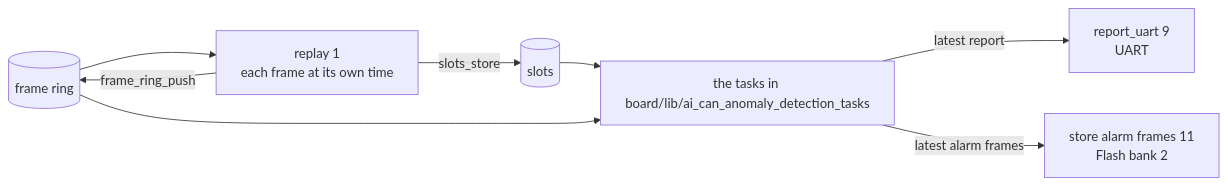
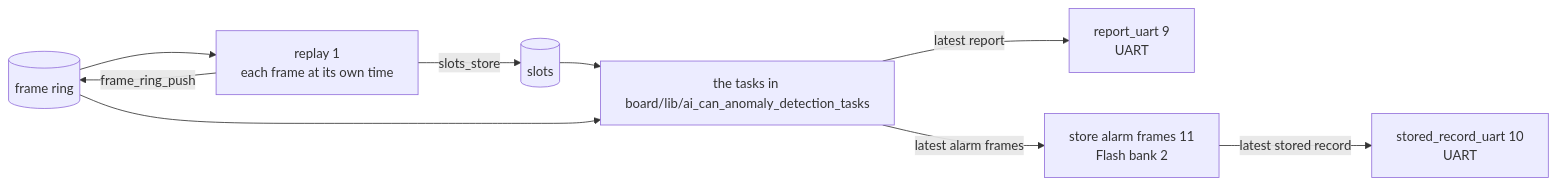
One commit to asana17/ai_can_anomaly_detection changed the diagram in board/application/can_path_from_flash/README.md. Above: the diagram before and after it, drawn with Mermaid. The commit also changed 13 other files, not shown here.

````diff
--- a/board/application/can_path_from_flash/README.md
+++ b/board/application/can_path_from_flash/README.md
@@ -6,10 +6,11 @@
 ```mermaid
 flowchart LR
     frames[(Flash frames)] --> replay["replay 1<br/>each frame at its own time"]
     replay -- slots_store --> slots[(slots)]
     replay -- frame_ring_push --> frames[(frame ring)]
     slots --> tasks["the tasks in board/lib/ai_can_anomaly_detection_tasks"]
     frames --> tasks
     tasks -- latest report --> uart["report_uart 9<br/>UART"]
     tasks -- latest alarm frames --> store["store alarm frames 11<br/>Flash bank 2"]
+    store -- latest stored record --> record_uart["stored_record_uart 10<br/>UART"]
 ```
````
